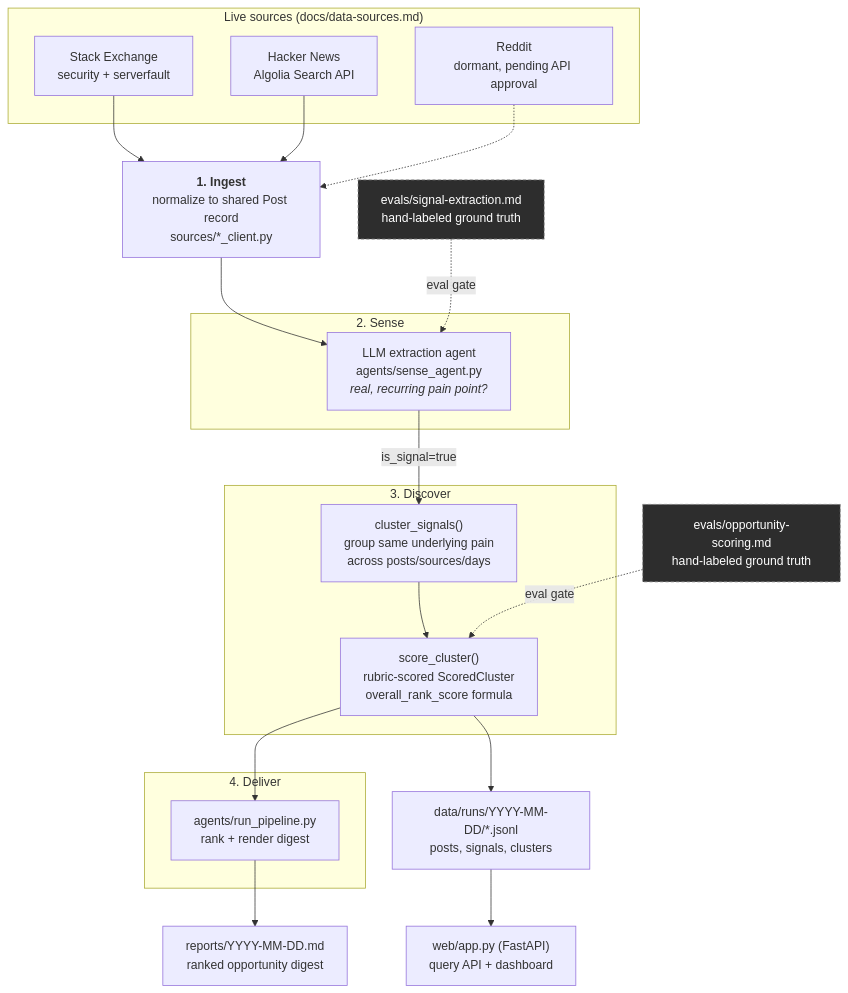
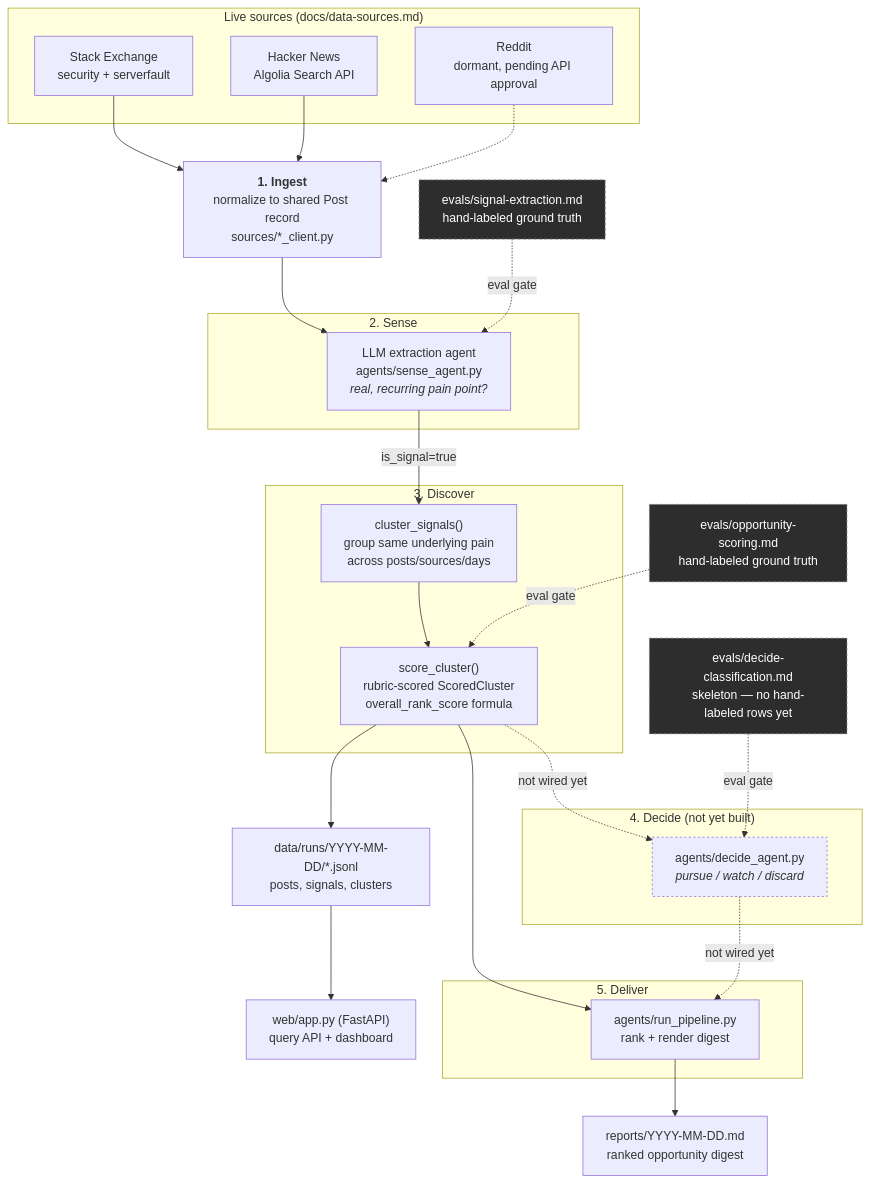
The diagram in README.md (isaiah-innovates/signal-whisp), drawn with Mermaid before and after one commit. The commit also changed other lines of this file and 4 other files, not shown here.

First line of the commit message:
Scope the Decide stage: eval skeleton + doc updates, deployment sequencing

````diff
--- a/README.md
+++ b/README.md
@@ -30,47 +30,59 @@
 ```mermaid
 flowchart TD
     subgraph Sources["Live sources (docs/data-sources.md)"]
         SE["Stack Exchange<br/>security + serverfault"]
         HN["Hacker News<br/>Algolia Search API"]
         RD["Reddit<br/>dormant, pending API approval"]
     end
 
     SE --> ING
     HN --> ING
     RD -.-> ING
 
     ING["<b>1. Ingest</b><br/>normalize to shared Post record<br/>sources/*_client.py"]
 
     ING --> SENSE
 
     subgraph SenseStage["2. Sense"]
         SENSE["LLM extraction agent<br/>agents/sense_agent.py<br/><i>real, recurring pain point?</i>"]
     end
 
     EVAL1["evals/signal-extraction.md<br/>hand-labeled ground truth"]
     EVAL1 -.eval gate.-> SENSE
 
     SENSE -->|is_signal=true| CLUSTER
 
     subgraph DiscoverStage["3. Discover"]
         CLUSTER["cluster_signals()<br/>group same underlying pain<br/>across posts/sources/days"]
         SCORE["score_cluster()<br/>rubric-scored ScoredCluster<br/>overall_rank_score formula"]
         CLUSTER --> SCORE
     end
 
     EVAL2["evals/opportunity-scoring.md<br/>hand-labeled ground truth"]
     EVAL2 -.eval gate.-> SCORE
 
+    SCORE -.not wired yet.-> DECIDE
+
+    subgraph DecideStage["4. Decide (not yet built)"]
+        DECIDE["agents/decide_agent.py<br/><i>pursue / watch / discard</i>"]
+    end
+
+    EVAL3["evals/decide-classification.md<br/>skeleton — no hand-labeled rows yet"]
+    EVAL3 -.eval gate.-> DECIDE
+
+    DECIDE -.not wired yet.-> DELIVER
     SCORE --> DELIVER
 
-    subgraph DeliverStage["4. Deliver"]
+    subgraph DeliverStage["5. Deliver"]
         DELIVER["agents/run_pipeline.py<br/>rank + render digest"]
     end
 
     DELIVER --> REPORT["reports/YYYY-MM-DD.md<br/>ranked opportunity digest"]
     SCORE --> DATA["data/runs/YYYY-MM-DD/*.jsonl<br/>posts, signals, clusters"]
     DATA --> WEBAPP["web/app.py (FastAPI)<br/>query API + dashboard"]
 
     style EVAL1 fill:#2d2d2d,stroke:#888,color:#fff,stroke-dasharray: 4 3
     style EVAL2 fill:#2d2d2d,stroke:#888,color:#fff,stroke-dasharray: 4 3
+    style EVAL3 fill:#2d2d2d,stroke:#888,color:#fff,stroke-dasharray: 4 3
+    style DECIDE stroke-dasharray: 3 3
 ```
````
